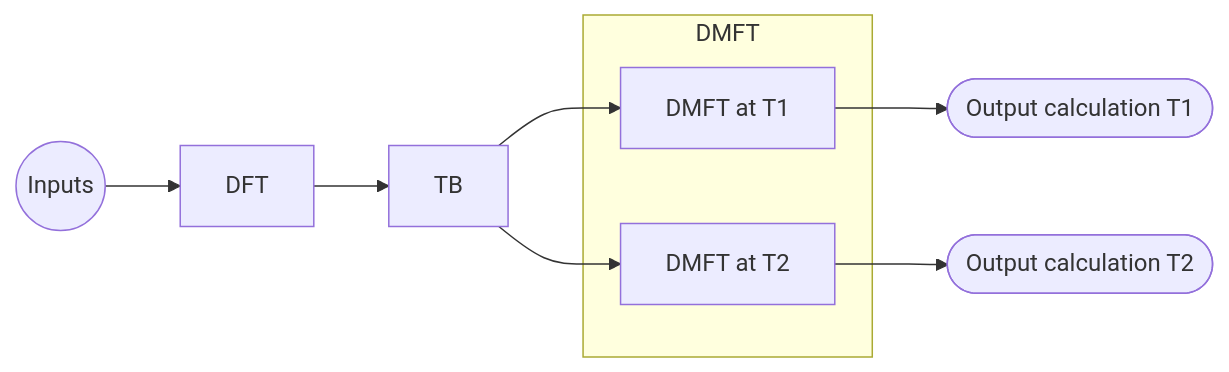
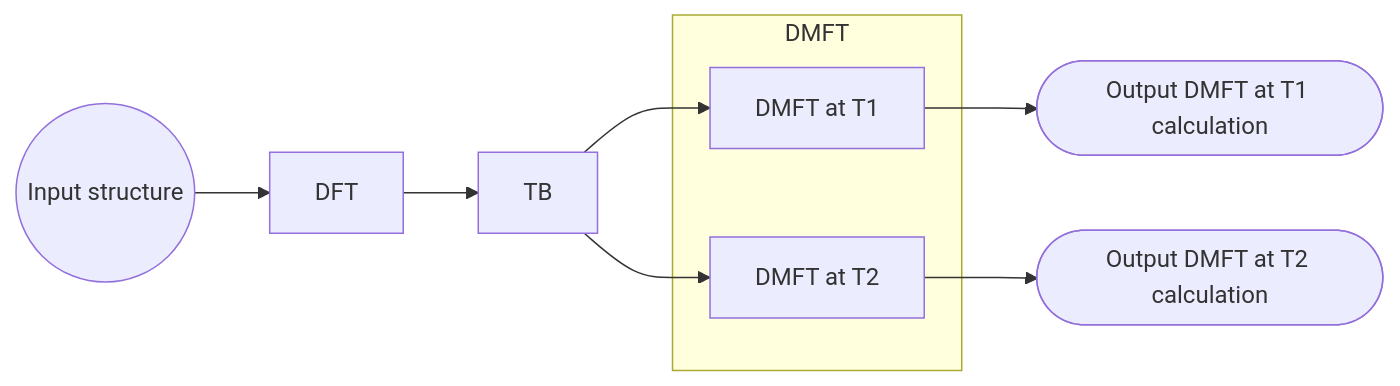
The second of 2 diagrams in docs/howto/manage/gui/workflows.md (FAIRmat-NFDI/nomad-docs), drawn with Mermaid before and after one commit. The commit also changed other lines of this file, not shown here.

Commit message:
update text from child workflow

````diff
--- a/docs/howto/manage/gui/workflows.md
+++ b/docs/howto/manage/gui/workflows.md
@@ -303,15 +303,15 @@
 ```mermaid
 graph LR;
-    A2((Inputs)) --> B2[DFT];
+    A2((Input structure)) --> B2[DFT];
     B2 --> C2[TB];
     C2 --> D21[DMFT at T1];
     C2 --> D22[DMFT at T2];
 
     subgraph DMFT
         D21;
         D22;
     end
 
-    D21 --> E21([Output calculation T1])
-    D22 --> E22([Output calculation T2])
+    D21 --> E21([Output DMFT at T1 calculation])
+    D22 --> E22([Output DMFT at T2 calculation])
 ```
````
